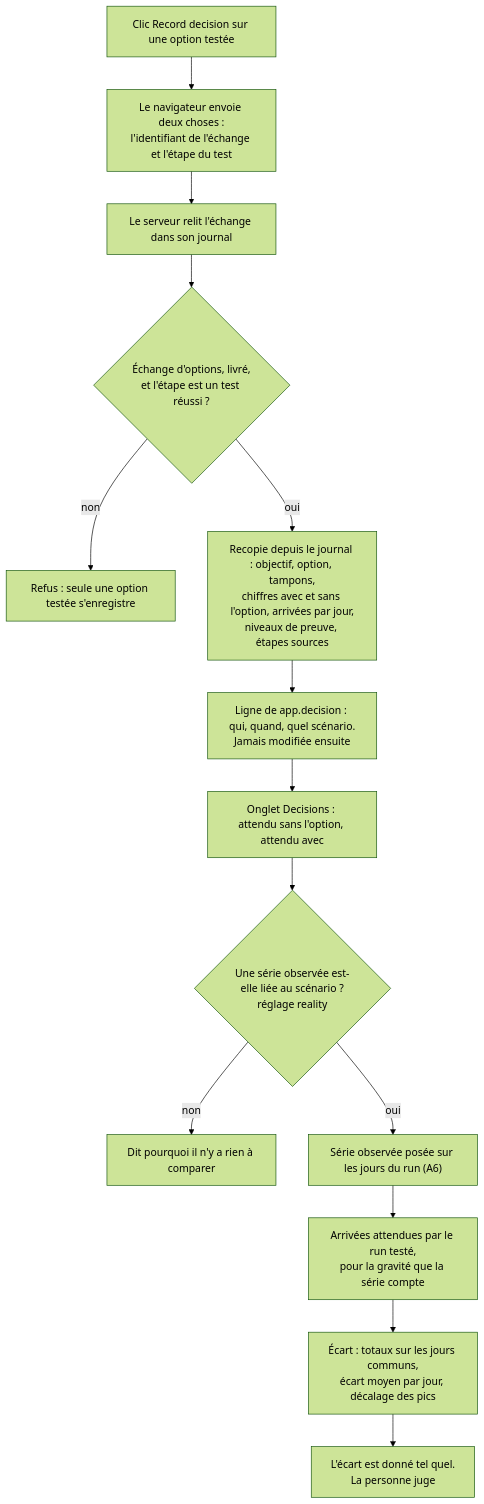
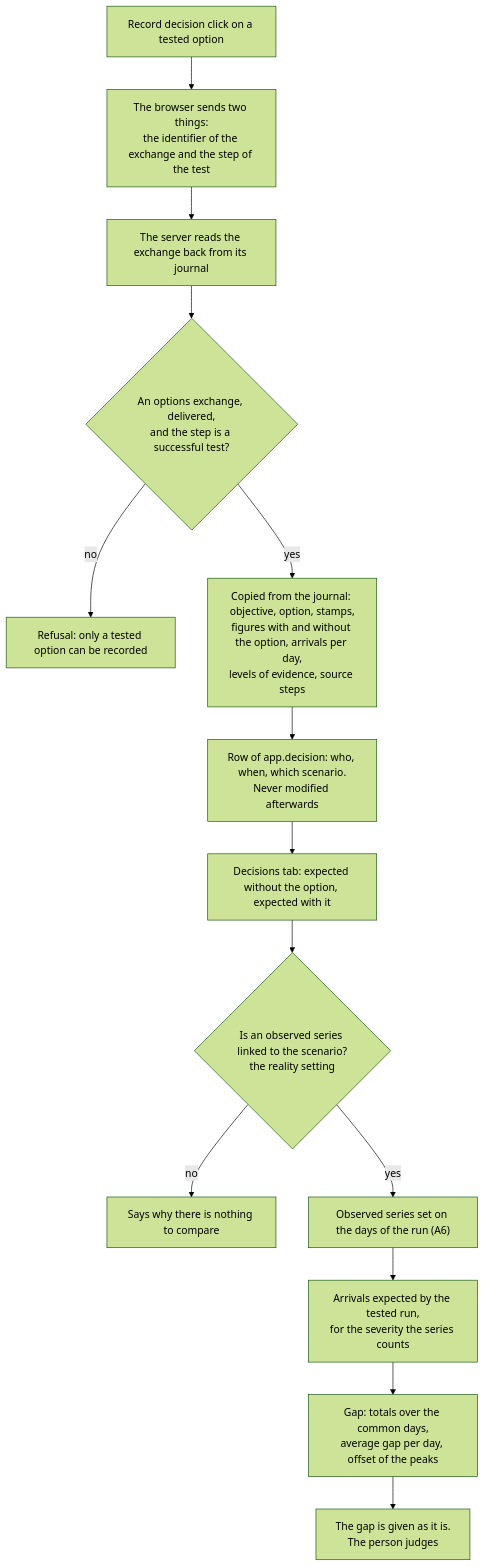
Before and after one commit to V1ktor7/obscyro: the tenth of 30 diagrams in frontend/content/docs/product/algorithms.md, drawn with Mermaid (forest theme). The commit also changed other lines of this file and 15 other files, not shown here.

````diff
--- a/frontend/content/docs/product/algorithms.md
+++ b/frontend/content/docs/product/algorithms.md
@@ -364,16 +365,16 @@
 ```mermaid
 flowchart TD
-    A["Clic Record decision sur une option testée"] --> B["Le navigateur envoie deux choses :<br/>l'identifiant de l'échange et l'étape du test"]
-    B --> C["Le serveur relit l'échange dans son journal"]
-    C --> D{"Échange d'options, livré,<br/>et l'étape est un test réussi ?"}
-    D -->|"non"| E["Refus : seule une option testée s'enregistre"]
-    D -->|"oui"| F["Recopie depuis le journal : objectif, option, tampons,<br/>chiffres avec et sans l'option, arrivées par jour,<br/>niveaux de preuve, étapes sources"]
-    F --> G["Ligne de app.decision : qui, quand, quel scénario.<br/>Jamais modifiée ensuite"]
-    G --> H["Onglet Decisions : attendu sans l'option, attendu avec"]
-    H --> I{"Une série observée est-elle liée au scénario ?<br/>réglage reality"}
-    I -->|"non"| J["Dit pourquoi il n'y a rien à comparer"]
-    I -->|"oui"| K["Série observée posée sur les jours du run (A6)"]
-    K --> L["Arrivées attendues par le run testé,<br/>pour la gravité que la série compte"]
-    L --> M["Écart : totaux sur les jours communs,<br/>écart moyen par jour, décalage des pics"]
-    M --> N["L'écart est donné tel quel.<br/>La personne juge"]
+    A["Record decision click on a tested option"] --> B["The browser sends two things:<br/>the identifier of the exchange and the step of the test"]
+    B --> C["The server reads the exchange back from its journal"]
+    C --> D{"An options exchange, delivered,<br/>and the step is a successful test?"}
+    D -->|"no"| E["Refusal: only a tested option can be recorded"]
+    D -->|"yes"| F["Copied from the journal: objective, option, stamps,<br/>figures with and without the option, arrivals per day,<br/>levels of evidence, source steps"]
+    F --> G["Row of app.decision: who, when, which scenario.<br/>Never modified afterwards"]
+    G --> H["Decisions tab: expected without the option, expected with it"]
+    H --> I{"Is an observed series linked to the scenario?<br/>the reality setting"}
+    I -->|"no"| J["Says why there is nothing to compare"]
+    I -->|"yes"| K["Observed series set on the days of the run (A6)"]
+    K --> L["Arrivals expected by the tested run,<br/>for the severity the series counts"]
+    L --> M["Gap: totals over the common days,<br/>average gap per day, offset of the peaks"]
+    M --> N["The gap is given as it is.<br/>The person judges"]
 ```
````
